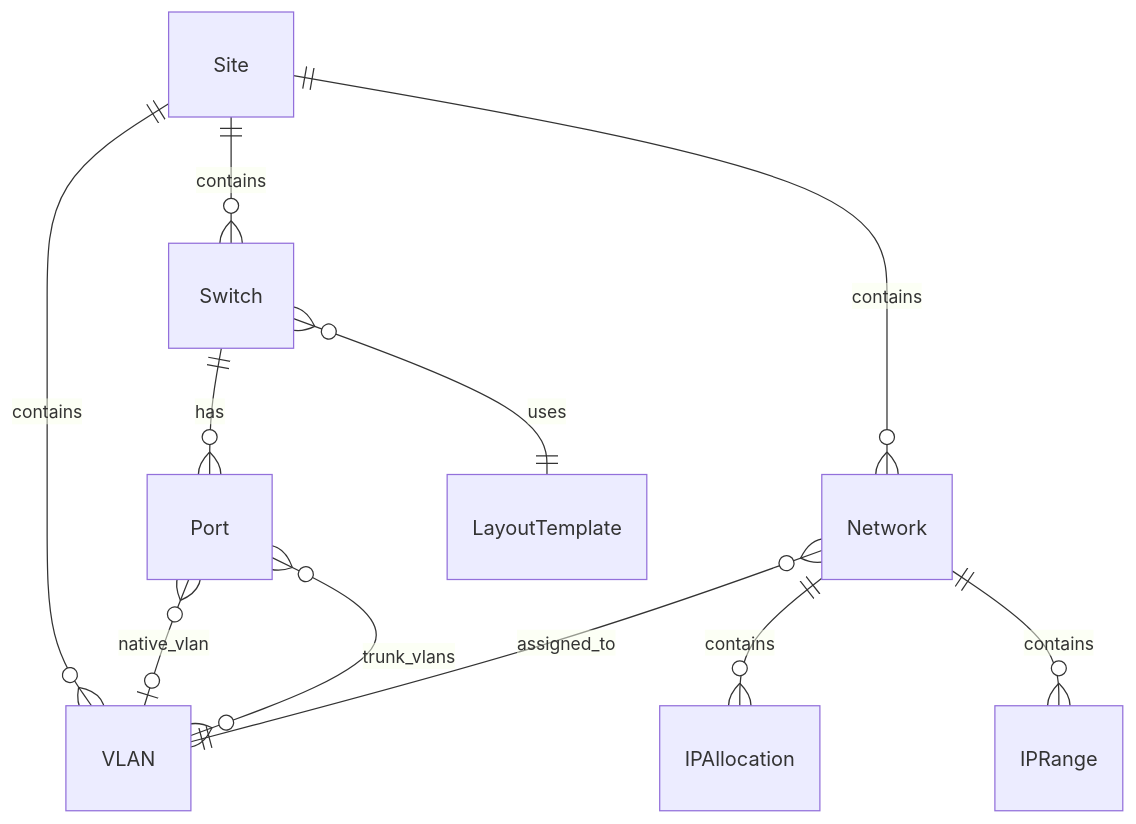
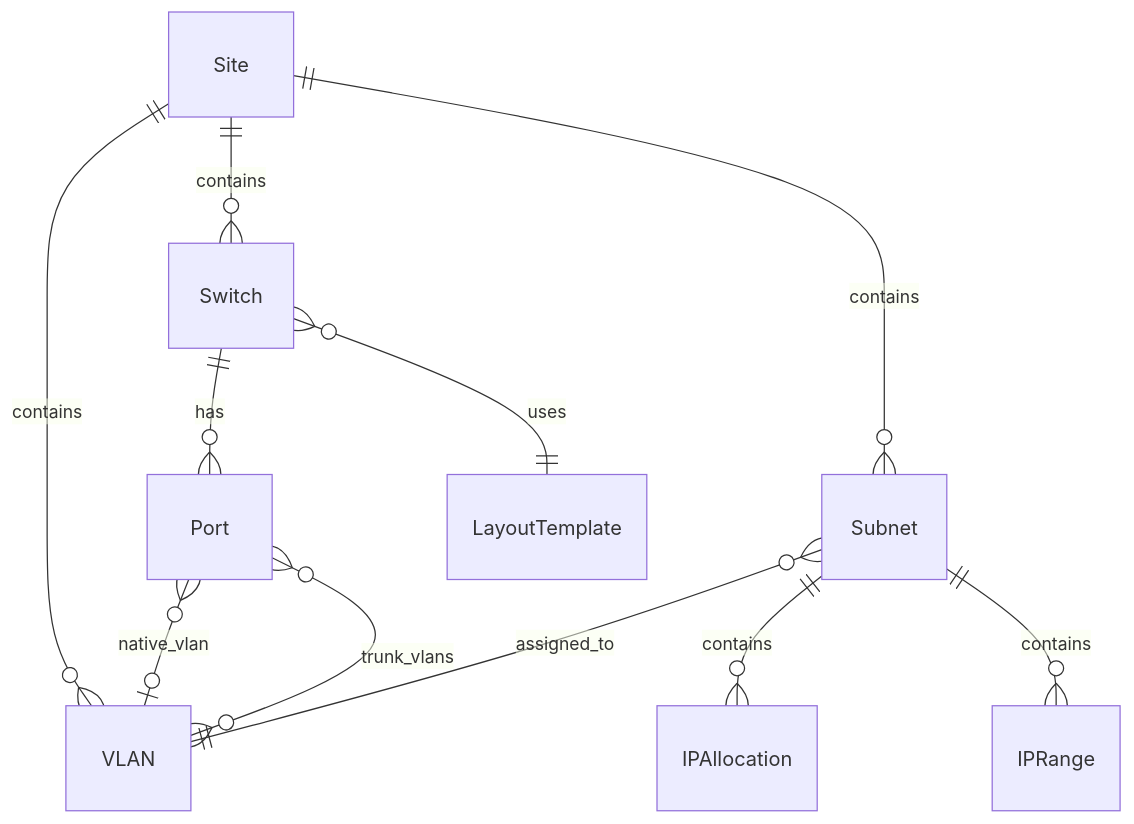
Before and after one commit to slgfire/ezswm: the diagram in docs/api/reference.md, drawn with Mermaid. The commit also changed other lines of this file and 9 other files, not shown here.

````diff
--- a/docs/api/reference.md
+++ b/docs/api/reference.md
@@ -11,13 +11,13 @@
 ```mermaid
 erDiagram
     Site ||--o{ Switch : contains
     Site ||--o{ VLAN : contains
-    Site ||--o{ Network : contains
+    Site ||--o{ Subnet : contains
     Switch ||--o{ Port : has
     Switch }o--|| LayoutTemplate : uses
     Port }o--o| VLAN : native_vlan
     Port }o--o{ VLAN : trunk_vlans
-    Network ||--o{ IPAllocation : contains
-    Network ||--o{ IPRange : contains
-    Network }o--|| VLAN : assigned_to
+    Subnet ||--o{ IPAllocation : contains
+    Subnet ||--o{ IPRange : contains
+    Subnet }o--|| VLAN : assigned_to
 ```
````
